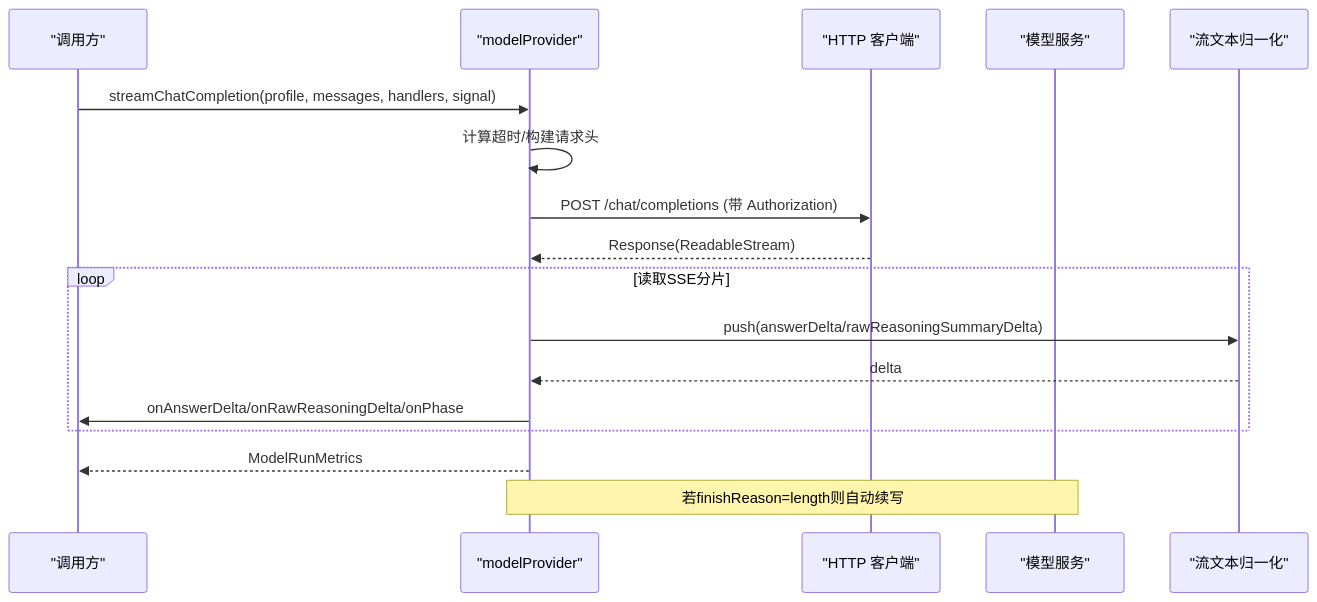
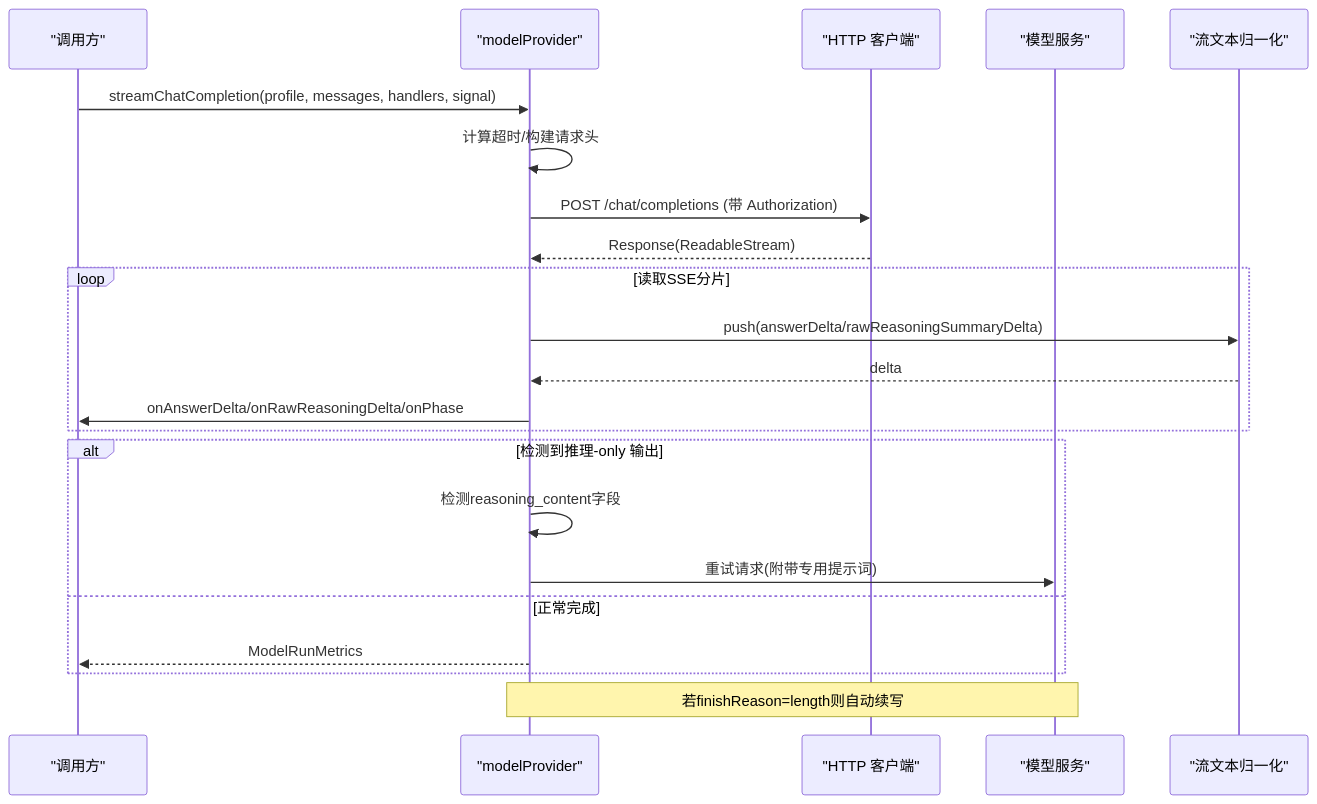
The second of 7 diagrams in .qoder/repowiki/zh/content/核心模块/Agent 工作进程/模型提供者/模型提供者.md (dyx-9163/ai-aifar), drawn with Mermaid before and after one commit. The commit also changed other lines of this file and 37 other files, not shown here.

````diff
--- a/.qoder/repowiki/zh/content/核心模块/Agent 工作进程/模型提供者/模型提供者.md
+++ b/.qoder/repowiki/zh/content/核心模块/Agent 工作进程/模型提供者/模型提供者.md
@@ -98,19 +110,24 @@
 ```mermaid
 sequenceDiagram
 participant Caller as "调用方"
 participant Provider as "modelProvider"
 participant Net as "HTTP 客户端"
 participant Model as "模型服务"
 participant Norm as "流文本归一化"
 Caller->>Provider : streamChatCompletion(profile, messages, handlers, signal)
 Provider->>Provider : 计算超时/构建请求头
 Provider->>Net : POST /chat/completions (带 Authorization)
 Net-->>Provider : Response(ReadableStream)
 loop 读取SSE分片
 Provider->>Norm : push(answerDelta/rawReasoningSummaryDelta)
 Norm-->>Provider : delta
 Provider->>Caller : onAnswerDelta/onRawReasoningDelta/onPhase
 end
+alt 检测到推理-only 输出
+Provider->>Provider : 检测reasoning_content字段
+Provider->>Model : 重试请求(附带专用提示词)
+else 正常完成
 Provider-->>Caller : ModelRunMetrics
+end
 Note over Provider,Model : 若finishReason=length则自动续写
 ```
````
